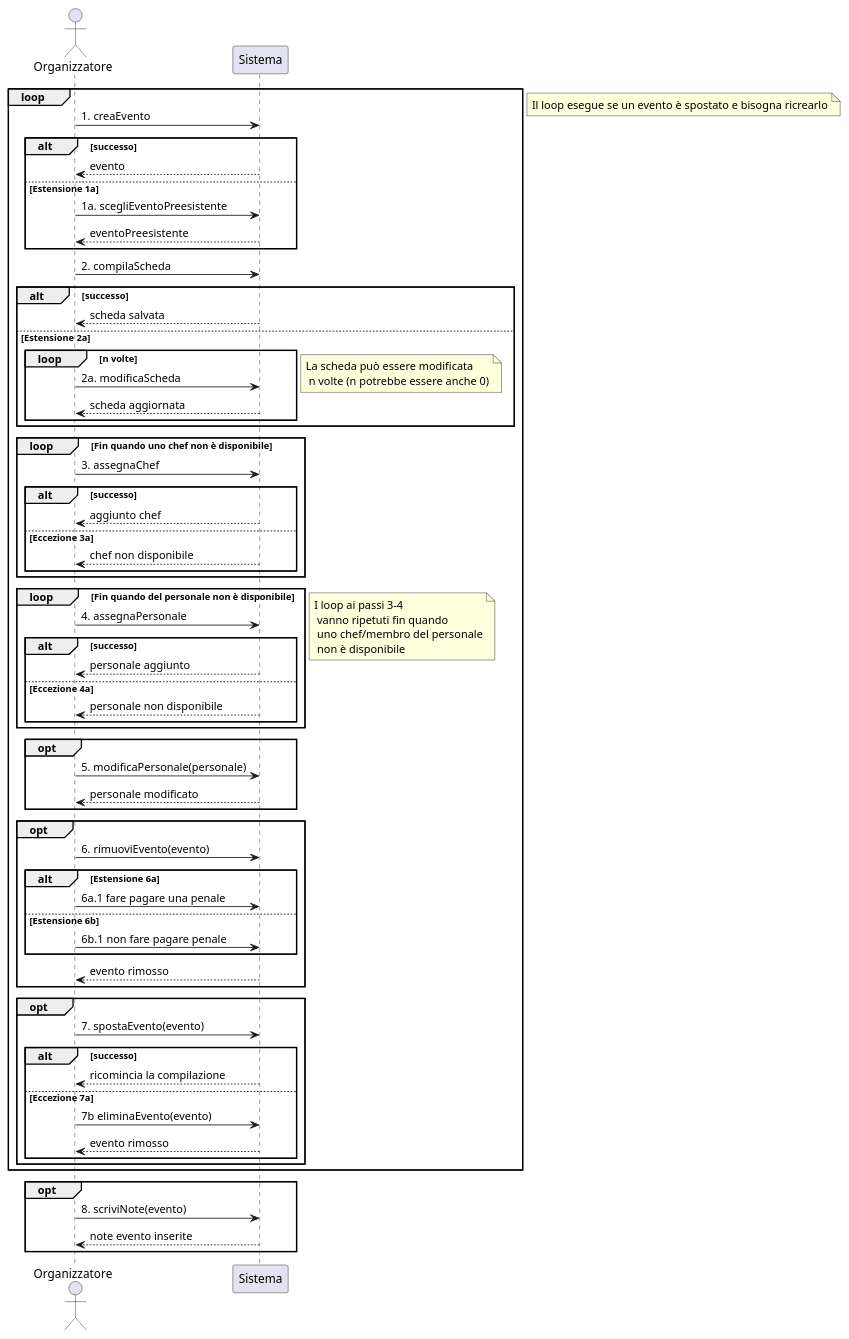
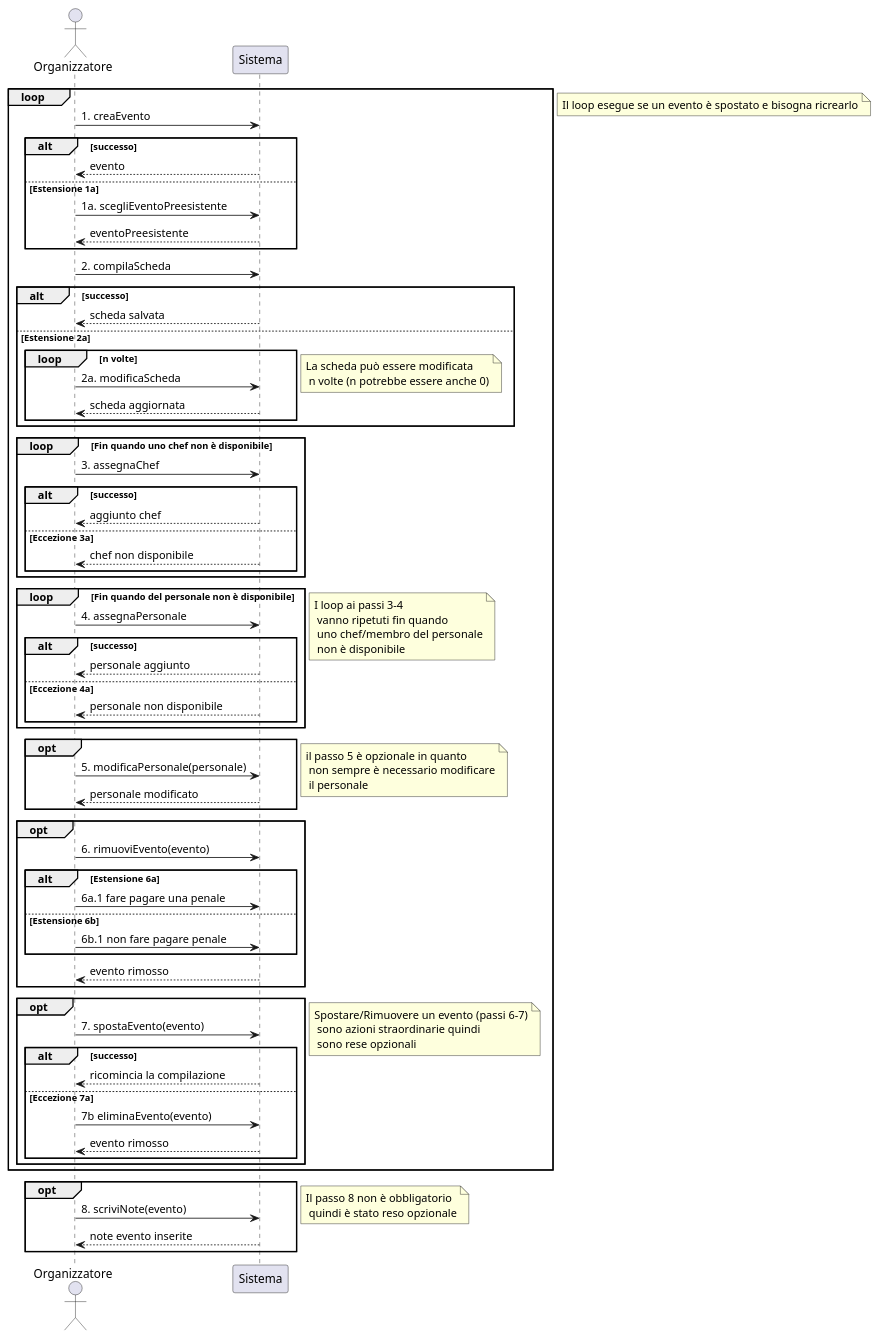
One commit to m0canu1/sas changed the diagram in ssd/ssd_gestire_eventi.md. Above: the diagram before and after it, drawn with PlantUML.

Commit message:
Casi opzionali commentati

````diff
--- a/ssd/ssd_gestire_eventi.md
+++ b/ssd/ssd_gestire_eventi.md
@@ -1,78 +1,81 @@
 ```plantuml
 actor Organizzatore
 participant Sistema
 
 loop
 
 	Organizzatore -> Sistema : 1. creaEvento 
     alt successo
 		Sistema --> Organizzatore : evento 
 	else Estensione 1a
 		Organizzatore -> Sistema : 1a. scegliEventoPreesistente
 		Sistema --> Organizzatore : eventoPreesistente
 	end
 	
 	Organizzatore -> Sistema : 2. compilaScheda
 	alt successo
 		Sistema --> Organizzatore : scheda salvata
 	else Estensione 2a
 		loop n volte
 			Organizzatore -> Sistema : 2a. modificaScheda
 			Sistema --> Organizzatore : scheda aggiornata
 		end
         note right: La scheda può essere modificata\n n volte (n potrebbe essere anche 0)
 	end
 	
 	loop Fin quando uno chef non è disponibile
 		Organizzatore -> Sistema : 3. assegnaChef
 		alt successo
 			Sistema --> Organizzatore : aggiunto chef	
 		else Eccezione 3a 
 			Sistema --> Organizzatore : chef non disponibile
 		end
 	end
 	
 	loop Fin quando del personale non è disponibile
 		Organizzatore -> Sistema : 4. assegnaPersonale
 		alt successo
 			Sistema --> Organizzatore : personale aggiunto
 		else Eccezione 4a
 			Sistema --> Organizzatore : personale non disponibile
 		end
 	end
     note right: I loop ai passi 3-4\n vanno ripetuti fin quando\n uno chef/membro del personale\n non è disponibile
 	
 	opt
 		Organizzatore -> Sistema : 5. modificaPersonale(personale)
 		Sistema --> Organizzatore : personale modificato
 	end
+    note right: il passo 5 è opzionale in quanto\n non sempre è necessario modificare\n il personale
 	
 	opt
 		Organizzatore -> Sistema : 6. rimuoviEvento(evento)
 		alt Estensione 6a
 			Organizzatore -> Sistema : 6a.1 fare pagare una penale
 		else Estensione 6b
 			Organizzatore -> Sistema : 6b.1 non fare pagare penale
 		end
 		Sistema --> Organizzatore : evento rimosso
 	end
 	
 	opt
 		Organizzatore -> Sistema : 7. spostaEvento(evento)
 		alt successo
 			Sistema --> Organizzatore : ricomincia la compilazione
         else Eccezione 7a
 			Organizzatore -> Sistema : 7b eliminaEvento(evento)
 			Sistema --> Organizzatore : evento rimosso
 		end
 	end
+    note right: Spostare/Rimuovere un evento (passi 6-7)\n sono azioni straordinarie quindi\n sono rese opzionali
 end
 note right: Il loop esegue se un evento è spostato e bisogna ricrearlo
 
 opt
 	Organizzatore -> Sistema : 8. scriviNote(evento)
 	Sistema --> Organizzatore : note evento inserite
 end
+note right: Il passo 8 non è obbligatorio\n quindi è stato reso opzionale
 
 
 ```
````
